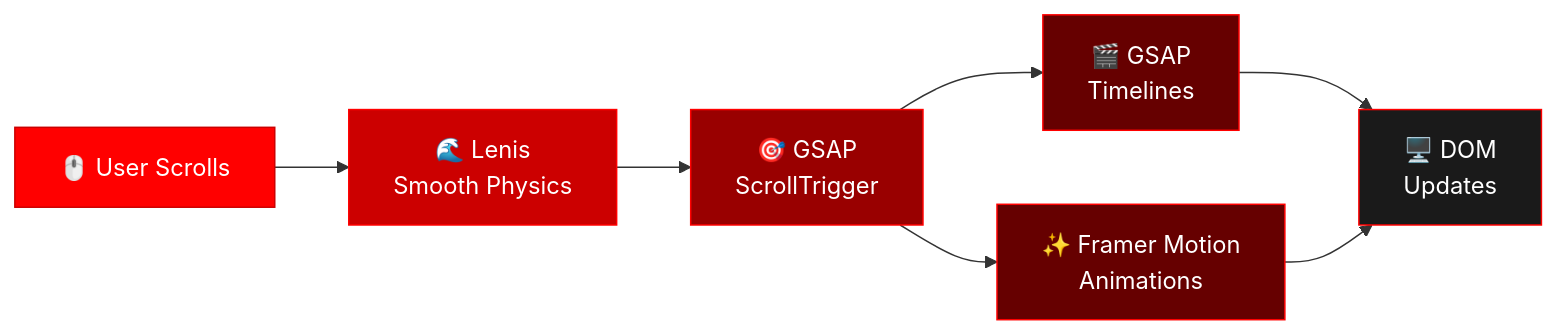
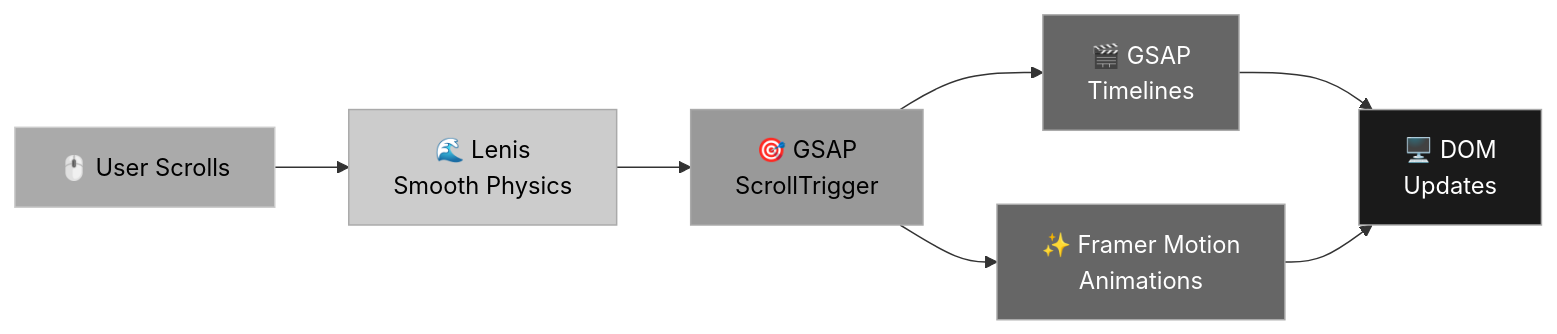
The second of 2 diagrams in README.md (phuc2502/portfolio_thienphuc), drawn with Mermaid before and after one commit. The commit also changed other lines of this file, not shown here.

````diff
--- a/README.md
+++ b/README.md
@@ -156,16 +156,16 @@
 ```mermaid
 flowchart LR
     A["🖱️ User Scrolls"] --> B["🌊 Lenis\nSmooth Physics"]
     B --> C["🎯 GSAP\nScrollTrigger"]
     C --> D["🎬 GSAP\nTimelines"]
     C --> E["✨ Framer Motion\nAnimations"]
     D --> F["🖥️ DOM\nUpdates"]
     E --> F
 
-    style A fill:#FF0000,stroke:#CC0000,color:#fff
-    style B fill:#CC0000,stroke:#FF0000,color:#fff
-    style C fill:#990000,stroke:#FF0000,color:#fff
-    style D fill:#660000,stroke:#FF0000,color:#fff
-    style E fill:#660000,stroke:#FF0000,color:#fff
-    style F fill:#1a1a1a,stroke:#FF0000,color:#fff
+    style A fill:#AAAAAA,stroke:#CCCCCC,color:#000
+    style B fill:#CCCCCC,stroke:#AAAAAA,color:#000
+    style C fill:#999999,stroke:#AAAAAA,color:#000
+    style D fill:#666666,stroke:#AAAAAA,color:#fff
+    style E fill:#666666,stroke:#AAAAAA,color:#fff
+    style F fill:#1a1a1a,stroke:#AAAAAA,color:#fff
 ```
````
